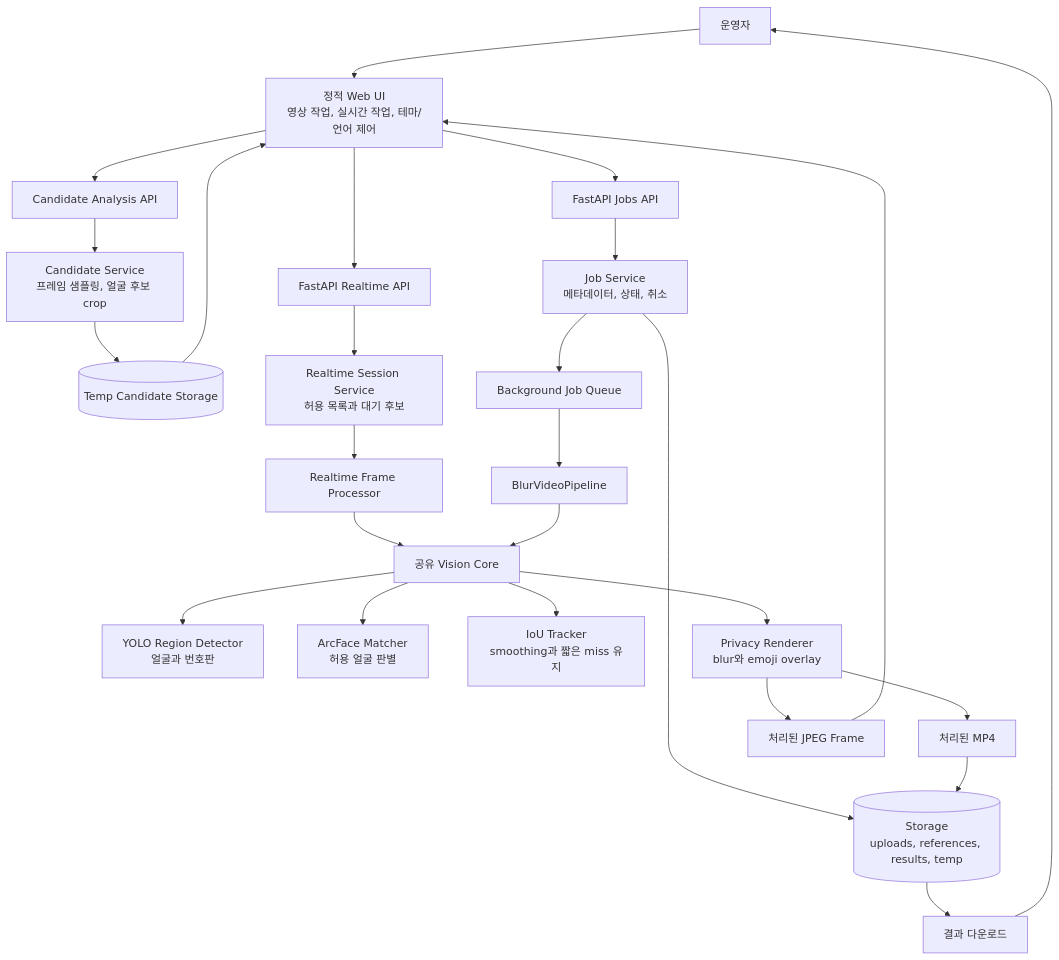
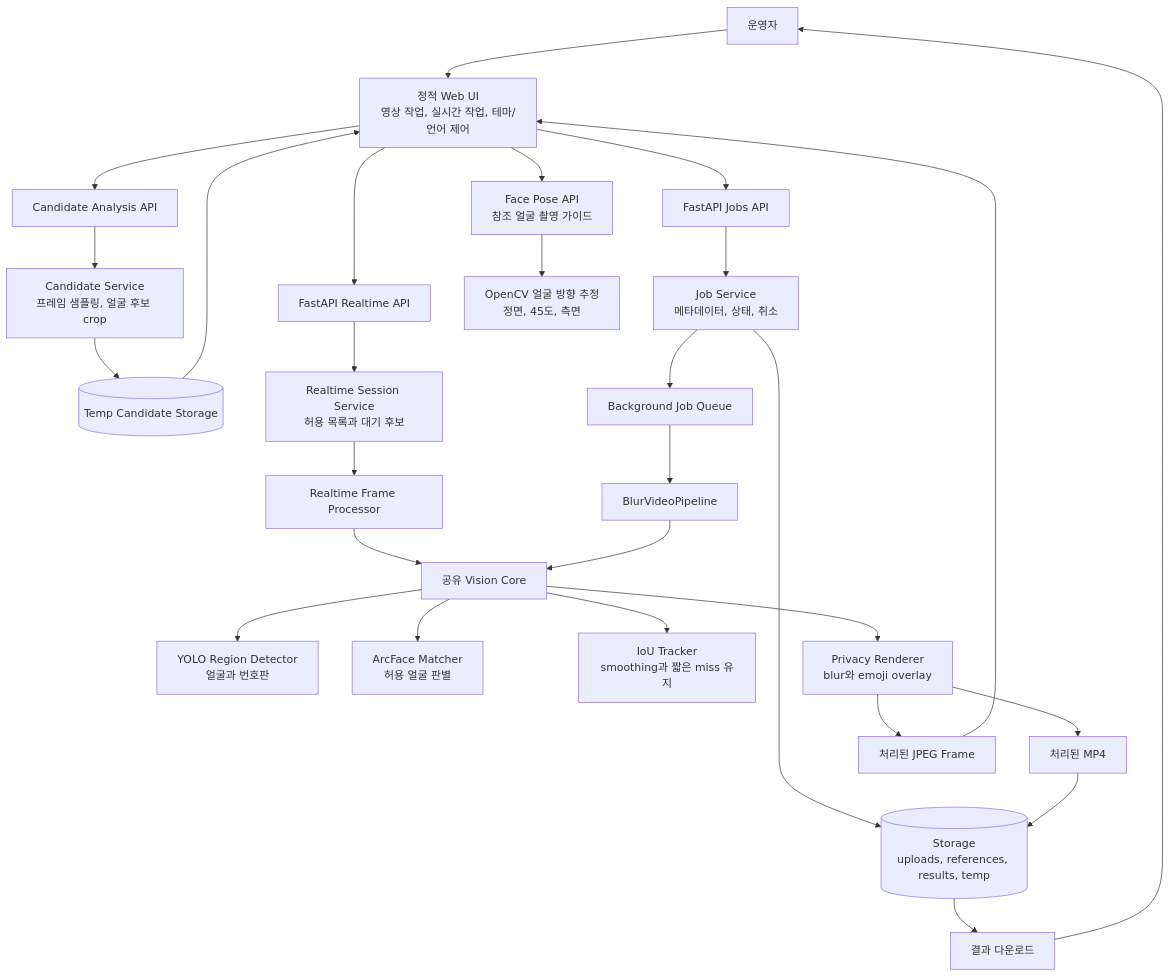
Before and after one commit to iamdbstjd/Deepdetect: the diagram in README.ko.md, drawn with Mermaid. The commit also changed other lines of this file and 3 other files, not shown here.

````diff
--- a/README.ko.md
+++ b/README.ko.md
@@ -60,33 +74,35 @@
 ```mermaid
 flowchart TD
     User[운영자] --> WebUI[정적 Web UI<br/>영상 작업, 실시간 작업, 테마/언어 제어]
     WebUI --> CandidateAPI[Candidate Analysis API]
     WebUI --> JobsAPI[FastAPI Jobs API]
     WebUI --> RealtimeAPI[FastAPI Realtime API]
+    WebUI --> PoseAPI[Face Pose API<br/>참조 얼굴 촬영 가이드]
 
     CandidateAPI --> CandidateService[Candidate Service<br/>프레임 샘플링, 얼굴 후보 crop]
     CandidateService --> TempStorage[(Temp Candidate Storage)]
     TempStorage --> WebUI
     JobsAPI --> JobService[Job Service<br/>메타데이터, 상태, 취소]
     JobService --> Queue[Background Job Queue]
     Queue --> Pipeline[BlurVideoPipeline]
 
     RealtimeAPI --> RealtimeSession[Realtime Session Service<br/>허용 목록과 대기 후보]
     RealtimeSession --> FrameProcessor[Realtime Frame Processor]
     FrameProcessor --> VisionCore[공유 Vision Core]
     Pipeline --> VisionCore
+    PoseAPI --> PoseEstimator[OpenCV 얼굴 방향 추정<br/>정면, 45도, 측면]
 
     VisionCore --> Detector[YOLO Region Detector<br/>얼굴과 번호판]
     VisionCore --> Matcher[ArcFace Matcher<br/>허용 얼굴 판별]
     VisionCore --> Tracker[IoU Tracker<br/>smoothing과 짧은 miss 유지]
     VisionCore --> Renderer[Privacy Renderer<br/>blur와 emoji overlay]
 
     Renderer --> OutputVideo[처리된 MP4]
     Renderer --> OutputFrame[처리된 JPEG Frame]
 
     JobService --> Storage[(Storage<br/>uploads, references, results, temp)]
     OutputVideo --> Storage
     Storage --> Download[결과 다운로드]
     Download --> User
     OutputFrame --> WebUI
 ```
````
